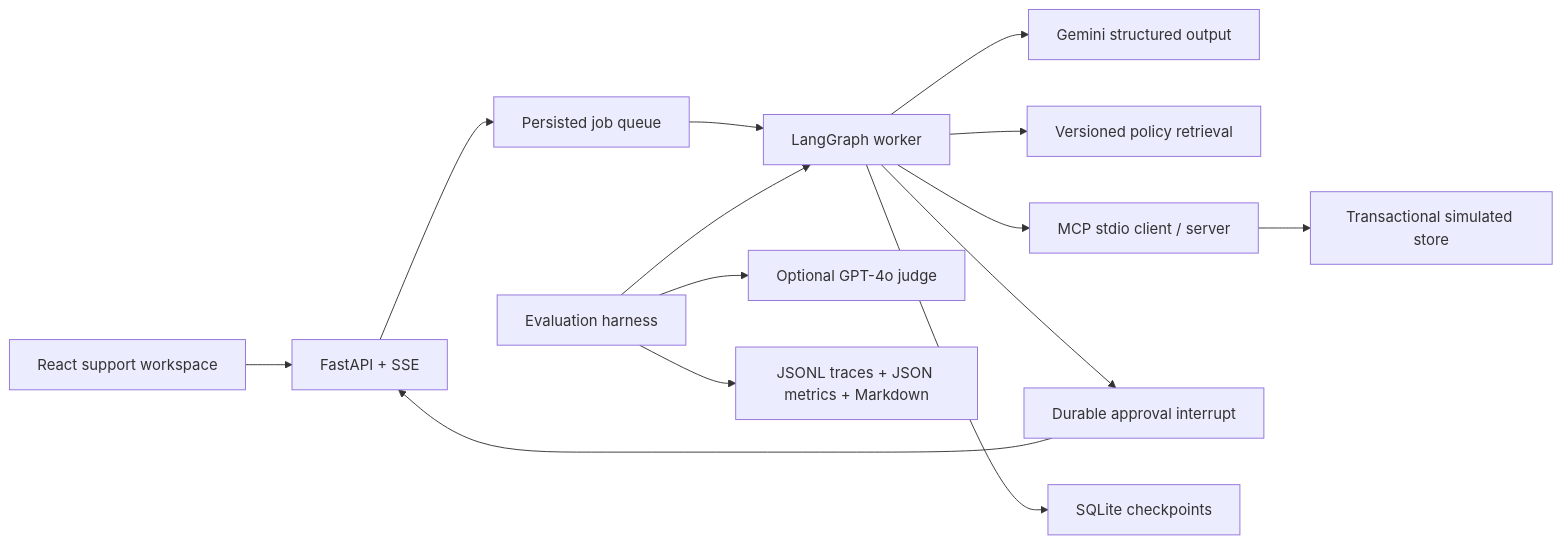
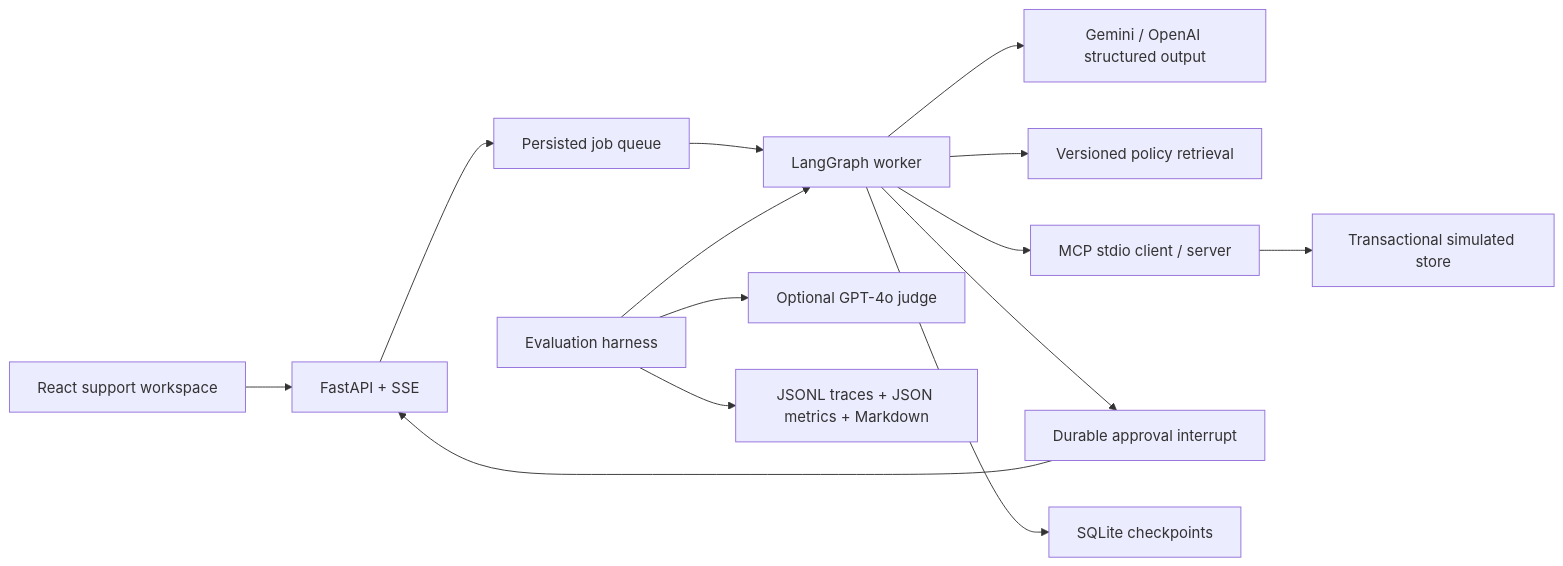
One commit to pics12790-star/resolvedesk changed the diagram in README.md. Above: the diagram before and after it, drawn with Mermaid. The commit also changed other lines of this file and 53 other files, not shown here.

````diff
--- a/README.md
+++ b/README.md
@@ -9,16 +15,16 @@
 ```mermaid
 flowchart LR
   UI[React support workspace] --> API[FastAPI + SSE]
   API --> Jobs[Persisted job queue]
   Jobs --> Graph[LangGraph worker]
-  Graph --> Gemini[Gemini structured output]
+  Graph --> LLM[Gemini / OpenAI structured output]
   Graph --> RAG[Versioned policy retrieval]
   Graph --> MCP[MCP stdio client / server]
   MCP --> Store[Transactional simulated store]
   Graph --> Approval[Durable approval interrupt]
   Approval --> API
   Graph --> Checkpoints[SQLite checkpoints]
   Eval[Evaluation harness] --> Graph
   Eval --> Judge[Optional GPT-4o judge]
   Eval --> Reports[JSONL traces + JSON metrics + Markdown]
 ```
````
